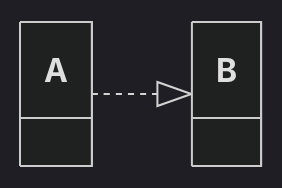
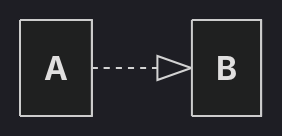
Before and after one commit to ildarca/DesignPatternsOOP: the fifth of 6 diagrams in relationships_objects.md, drawn with Mermaid. The commit also changed other lines of this file, not shown here.

````diff
--- a/relationships_objects.md
+++ b/relationships_objects.md
@@ -73,8 +63,8 @@
 ```mermaid
 %%{init: {'theme': 'dark', 'class': {'hideEmptyMembersBox': true}}}%%
 classDiagram
 direction LR
-class A { <As> }
-class B { <Bs> }
+class A
+class B
 A ..|> B
 ```
````
